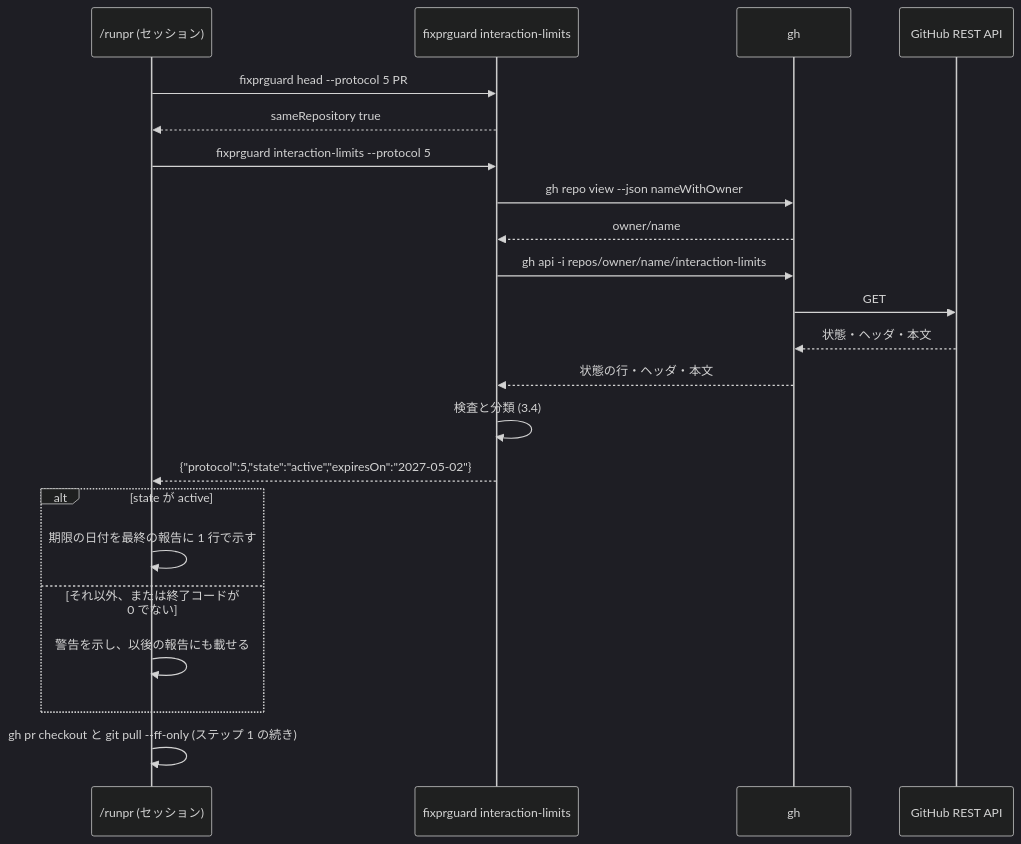
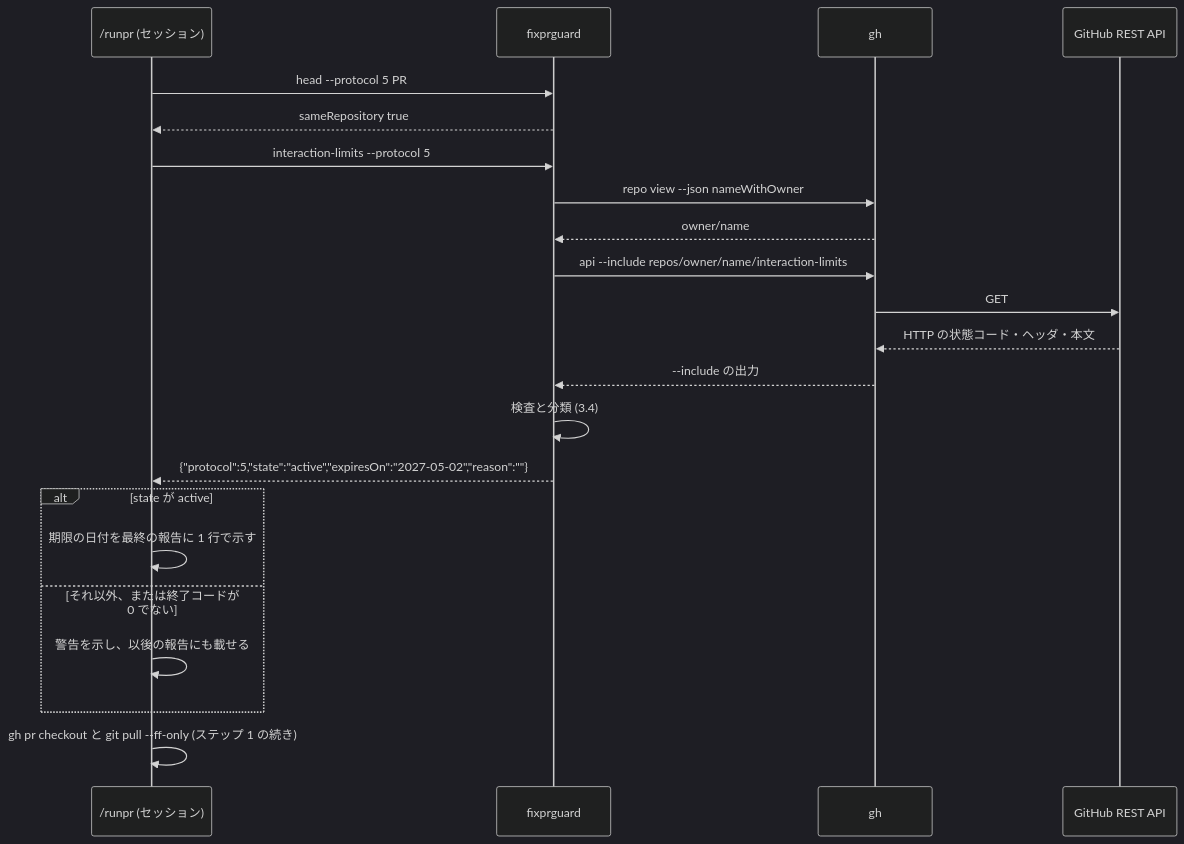
One commit to isseis/yt2column changed the third of 5 diagrams in docs/tasks/0057_reviewer_relay_guard/02_architecture.md. Above: the diagram before and after it, drawn with Mermaid (dark theme). The commit also changed other lines of this file and 1 other file, not shown here.

First line of the commit message:
docs(0057): apply the architecture review and record the requirement changes

````diff
--- a/docs/tasks/0057_reviewer_relay_guard/02_architecture.md
+++ b/docs/tasks/0057_reviewer_relay_guard/02_architecture.md
@@ -209,25 +241,25 @@
 ```mermaid
 sequenceDiagram
     participant R as /runpr (セッション)
-    participant F as fixprguard interaction-limits
+    participant F as fixprguard
     participant G as gh
     participant A as GitHub REST API
 
-    R->>F: fixprguard head --protocol 5 PR
+    R->>F: head --protocol 5 PR
     F-->>R: sameRepository true
-    R->>F: fixprguard interaction-limits --protocol 5
-    F->>G: gh repo view --json nameWithOwner
+    R->>F: interaction-limits --protocol 5
+    F->>G: repo view --json nameWithOwner
     G-->>F: owner/name
-    F->>G: gh api -i repos/owner/name/interaction-limits
+    F->>G: api --include repos/owner/name/interaction-limits
     G->>A: GET
-    A-->>G: 状態・ヘッダ・本文
-    G-->>F: 状態の行・ヘッダ・本文
+    A-->>G: HTTP の状態コード・ヘッダ・本文
+    G-->>F: --include の出力
     F->>F: 検査と分類 (3.4)
-    F-->>R: {"protocol":5,"state":"active","expiresOn":"2027-05-02"}
+    F-->>R: {"protocol":5,"state":"active","expiresOn":"2027-05-02","reason":""}
     alt state が active
         R->>R: 期限の日付を最終の報告に 1 行で示す
     else それ以外、または終了コードが 0 でない
         R->>R: 警告を示し、以後の報告にも載せる
     end
     R->>R: gh pr checkout と git pull --ff-only (ステップ 1 の続き)
 ```
````
